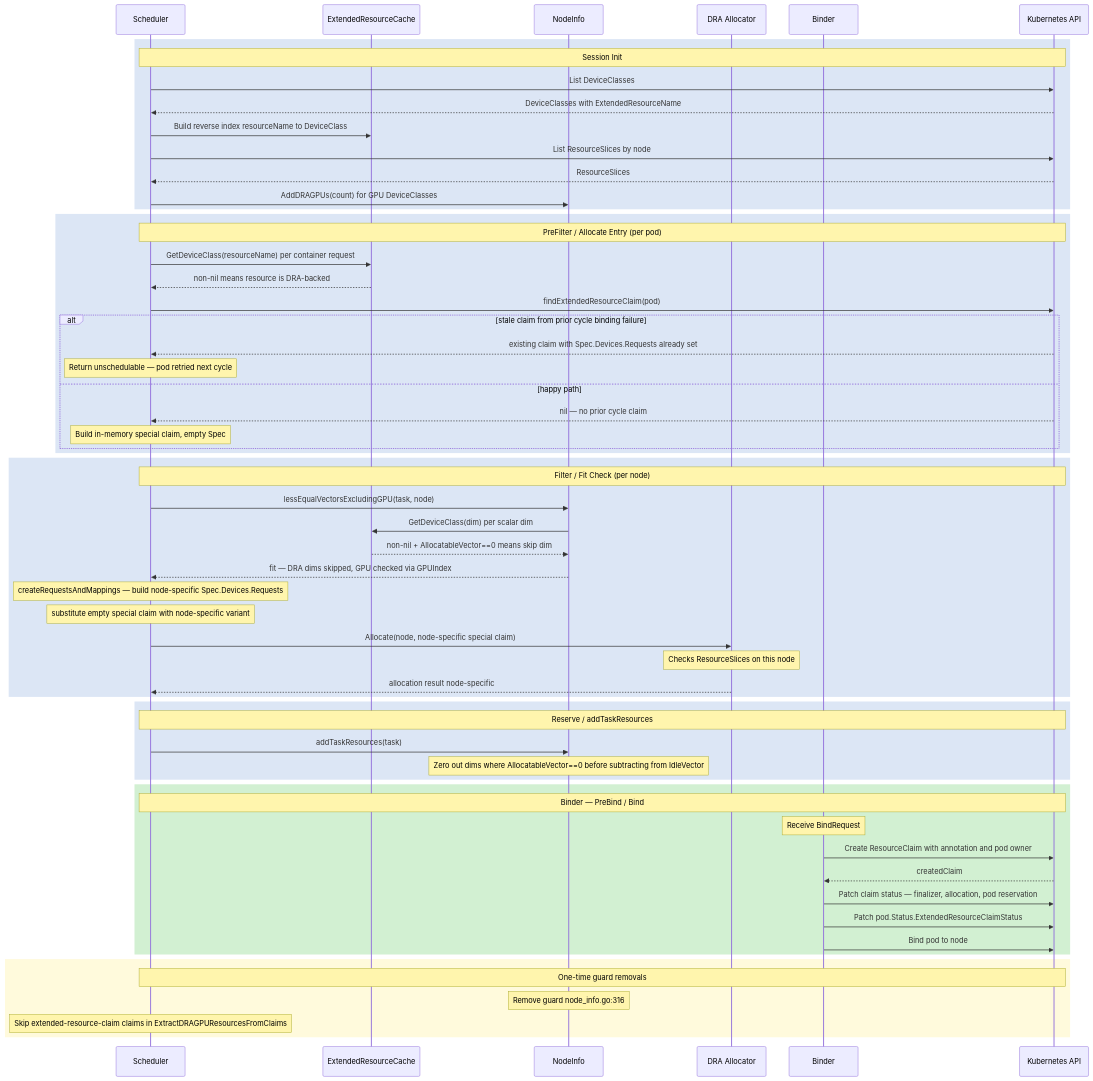
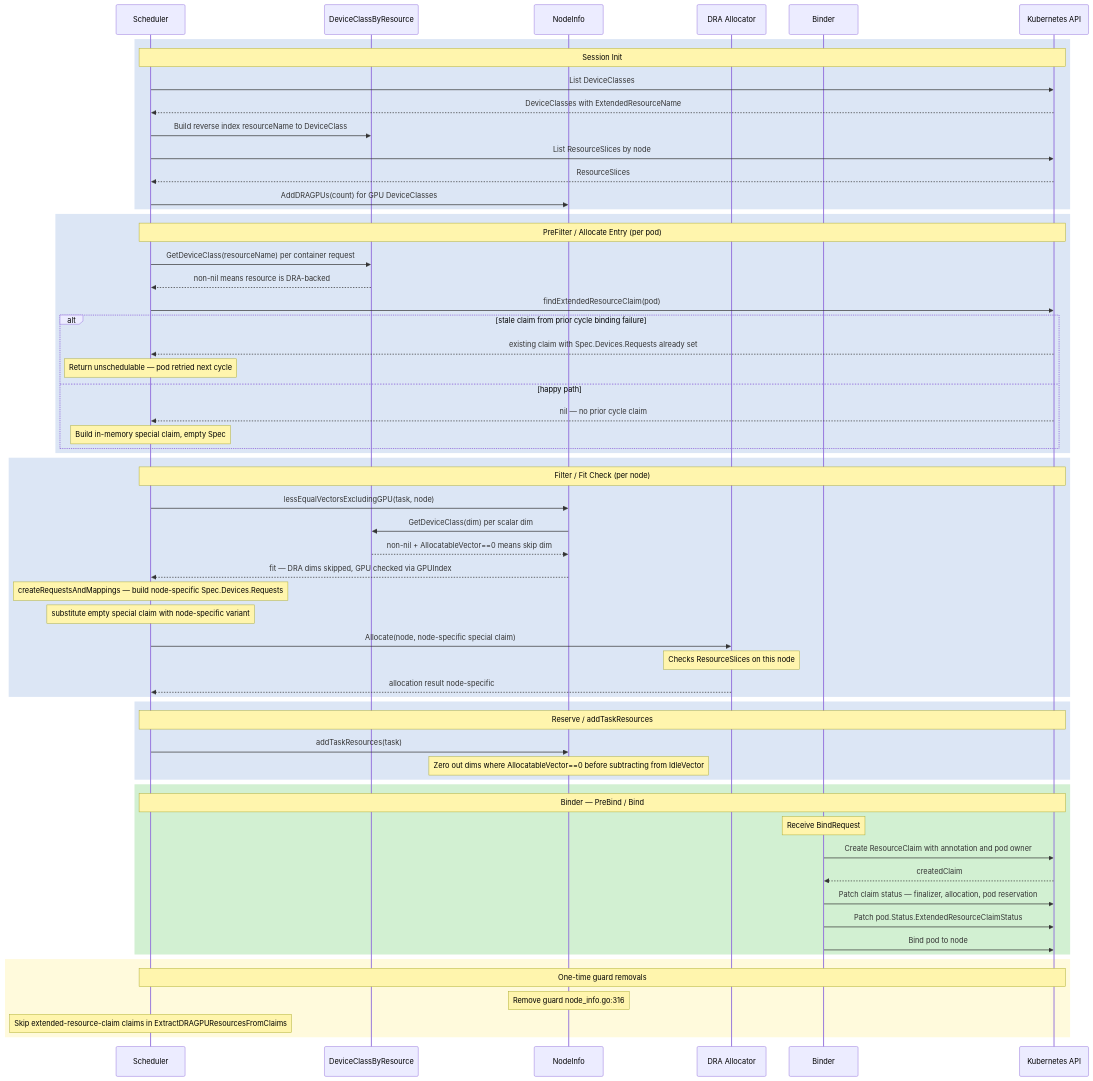
The diagram in docs/developer/designs/dra-extended-resources/README.md (kai-scheduler/KAI-Scheduler), drawn with Mermaid before and after one commit. The commit also changed other lines of this file, not shown here.

First line of the commit message:
docs(scheduler): refine DRA extended resources design with follow-ups and fixes

````diff
--- a/docs/developer/designs/dra-extended-resources/README.md
+++ b/docs/developer/designs/dra-extended-resources/README.md
@@ -143,68 +143,68 @@
 ```mermaid
 sequenceDiagram
     participant S as Scheduler
-    participant C as ExtendedResourceCache
+    participant C as DeviceClassByResource
     participant N as NodeInfo
     participant D as DRA Allocator
     participant B as Binder
     participant K as Kubernetes API
 
     rect rgb(220, 230, 245)
         note over S,K: Session Init
         S->>K: List DeviceClasses
         K-->>S: DeviceClasses with ExtendedResourceName
         S->>C: Build reverse index resourceName to DeviceClass
         S->>K: List ResourceSlices by node
         K-->>S: ResourceSlices
         S->>N: AddDRAGPUs(count) for GPU DeviceClasses
     end
 
     rect rgb(220, 230, 245)
         note over S,K: PreFilter / Allocate Entry (per pod)
         S->>C: GetDeviceClass(resourceName) per container request
         C-->>S: non-nil means resource is DRA-backed
         S->>K: findExtendedResourceClaim(pod)
         alt stale claim from prior cycle binding failure
             K-->>S: existing claim with Spec.Devices.Requests already set
             note over S: Return unschedulable — pod retried next cycle
         else happy path
             K-->>S: nil — no prior cycle claim
             note over S: Build in-memory special claim, empty Spec
         end
     end
 
     rect rgb(220, 230, 245)
         note over S,K: Filter / Fit Check (per node)
         S->>N: lessEqualVectorsExcludingGPU(task, node)
         N->>C: GetDeviceClass(dim) per scalar dim
         C-->>N: non-nil + AllocatableVector==0 means skip dim
         N-->>S: fit — DRA dims skipped, GPU checked via GPUIndex
         note over S: createRequestsAndMappings — build node-specific Spec.Devices.Requests
         note over S: substitute empty special claim with node-specific variant
         S->>D: Allocate(node, node-specific special claim)
         note over D: Checks ResourceSlices on this node
         D-->>S: allocation result node-specific
     end
 
     rect rgb(220, 230, 245)
         note over S,K: Reserve / addTaskResources
         S->>N: addTaskResources(task)
         note over N: Zero out dims where AllocatableVector==0 before subtracting from IdleVector
     end
 
     rect rgb(210, 240, 210)
         note over S,K: Binder — PreBind / Bind
         note over B: Receive BindRequest
         B->>K: Create ResourceClaim with annotation and pod owner
         K-->>B: createdClaim
         B->>K: Patch claim status — finalizer, allocation, pod reservation
         B->>K: Patch pod.Status.ExtendedResourceClaimStatus
         B->>K: Bind pod to node
     end
 
     rect rgb(255, 250, 220)
         note over S,K: One-time guard removals
         note over N: Remove guard node_info.go:316
         note over S: Skip extended-resource-claim claims in ExtractDRAGPUResourcesFromClaims
     end
 ```
````
